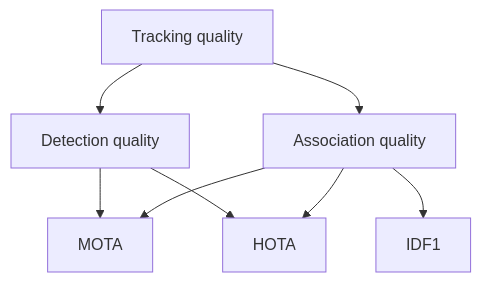
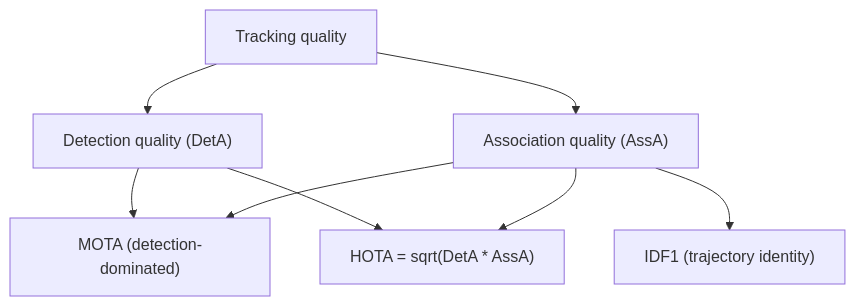
The diagram in curriculum/week-08-keypoints-pose-and-object-tracking/lecture-notes/03-evaluating-tracking.md (CODECRUNCHWORLDWIDE/C56-CRUNCH-VISION), drawn with Mermaid before and after one commit. The commit also changed other lines of this file and 254 other files, not shown here.

Commit message:
docs: add diagrams + sync content from curriculum source

````diff
--- a/curriculum/week-08-keypoints-pose-and-object-tracking/lecture-notes/03-evaluating-tracking.md
+++ b/curriculum/week-08-keypoints-pose-and-object-tracking/lecture-notes/03-evaluating-tracking.md
@@ -15,10 +56,10 @@
 ```mermaid
 flowchart TD
-  A["Tracking quality"] --> B["Detection quality"]
-  A --> C["Association quality"]
-  B --> D["MOTA"]
+  A["Tracking quality"] --> B["Detection quality (DetA)"]
+  A --> C["Association quality (AssA)"]
+  B --> D["MOTA (detection-dominated)"]
   C --> D
-  C --> E["IDF1"]
-  B --> F["HOTA"]
+  C --> E["IDF1 (trajectory identity)"]
+  B --> F["HOTA = sqrt(DetA * AssA)"]
   C --> F
 ```
````
